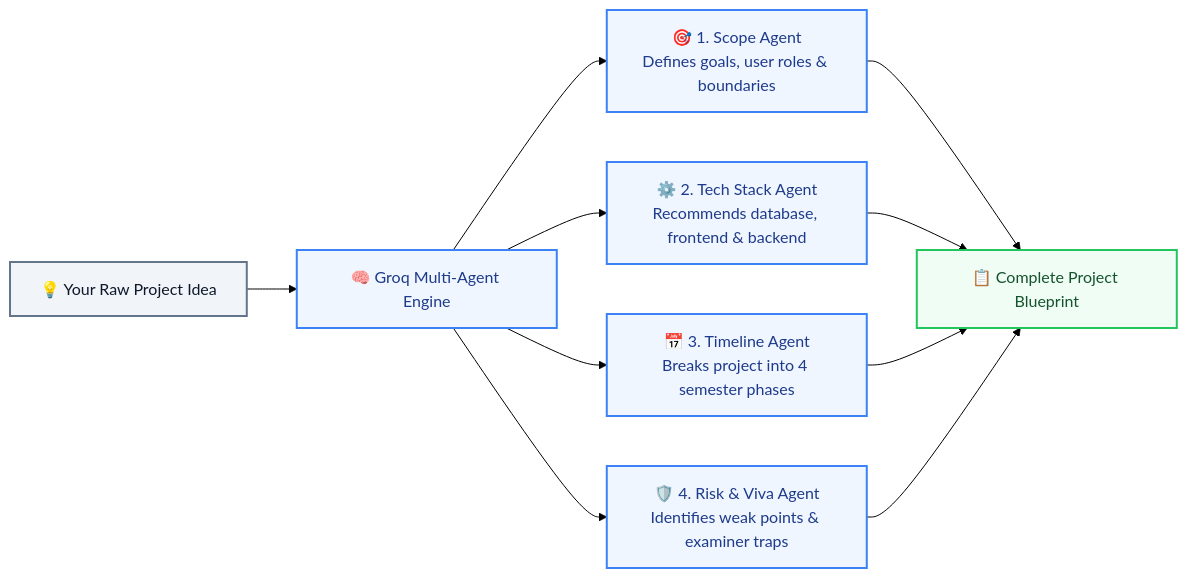
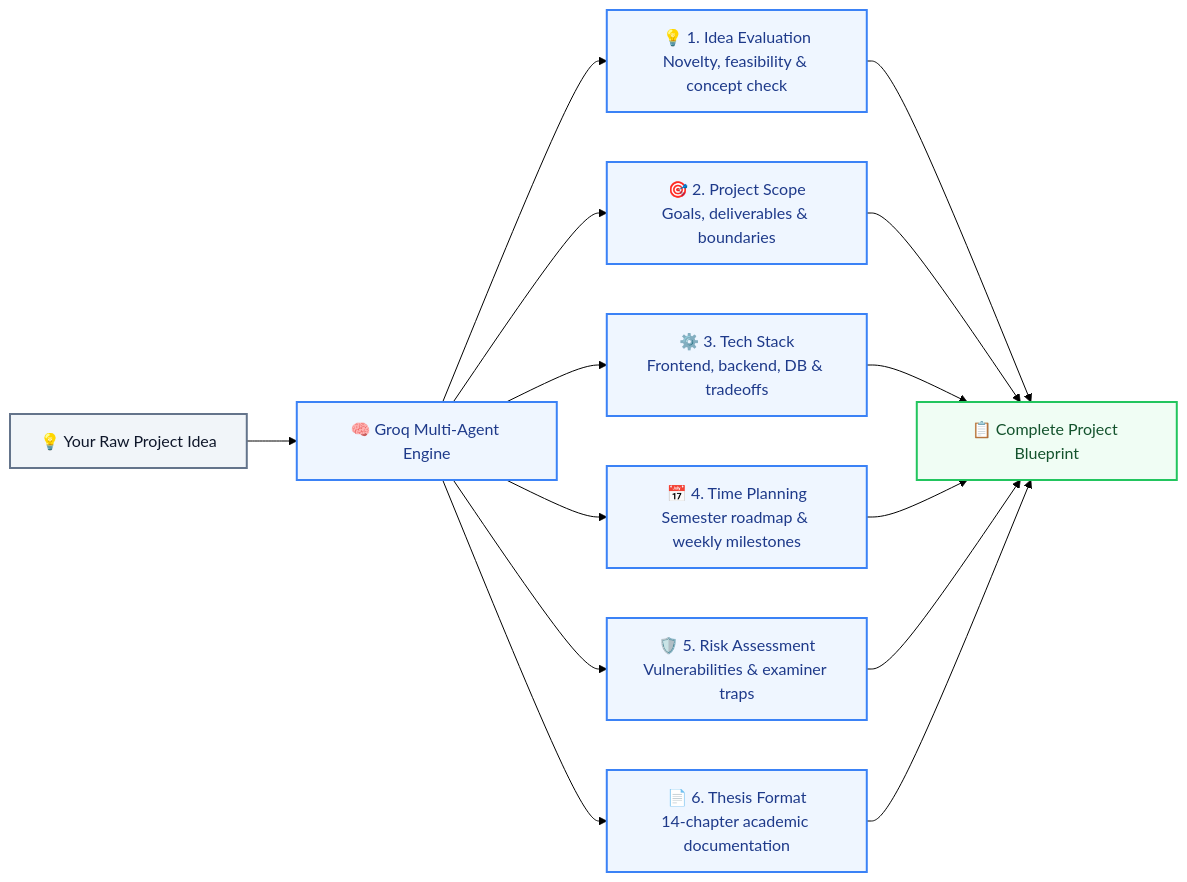
Before and after one commit to marisa-mmm/AI-Project-Mentor: the second of 2 diagrams in README.md, drawn with Mermaid (forest theme). The commit also changed other lines of this file, not shown here.

Commit message:
Update project functionality

````diff
--- a/README.md
+++ b/README.md
@@ -95,15 +95,17 @@
 ```mermaid
 flowchart LR
     classDef input fill:#f1f5f9,stroke:#64748b,stroke-width:2px,color:#0f172a;
     classDef agent fill:#eff6ff,stroke:#3b82f6,stroke-width:2px,color:#1e3a8a;
     classDef out fill:#f0fdf4,stroke:#22c55e,stroke-width:2px,color:#14532d;
 
     In["💡 Your Raw Project Idea"]:::input --> Engine["🧠 Groq Multi-Agent Engine"]:::agent
     
-    Engine --> A1["🎯 1. Scope Agent<br/>Defines goals, user roles & boundaries"]:::agent
-    Engine --> A2["⚙️ 2. Tech Stack Agent<br/>Recommends database, frontend & backend"]:::agent
-    Engine --> A3["📅 3. Timeline Agent<br/>Breaks project into 4 semester phases"]:::agent
-    Engine --> A4["🛡️ 4. Risk & Viva Agent<br/>Identifies weak points & examiner traps"]:::agent
+    Engine --> A1["💡 1. Idea Evaluation<br/>Novelty, feasibility & concept check"]:::agent
+    Engine --> A2["🎯 2. Project Scope<br/>Goals, deliverables & boundaries"]:::agent
+    Engine --> A3["⚙️ 3. Tech Stack<br/>Frontend, backend, DB & tradeoffs"]:::agent
+    Engine --> A4["📅 4. Time Planning<br/>Semester roadmap & weekly milestones"]:::agent
+    Engine --> A5["🛡️ 5. Risk Assessment<br/>Vulnerabilities & examiner traps"]:::agent
+    Engine --> A6["📄 6. Thesis Format<br/>14-chapter academic documentation"]:::agent
 
-    A1 & A2 & A3 & A4 --> Out["📋 Complete Project Blueprint"]:::out
+    A1 & A2 & A3 & A4 & A5 & A6 --> Out["📋 Complete Project Blueprint"]:::out
 ```
````
